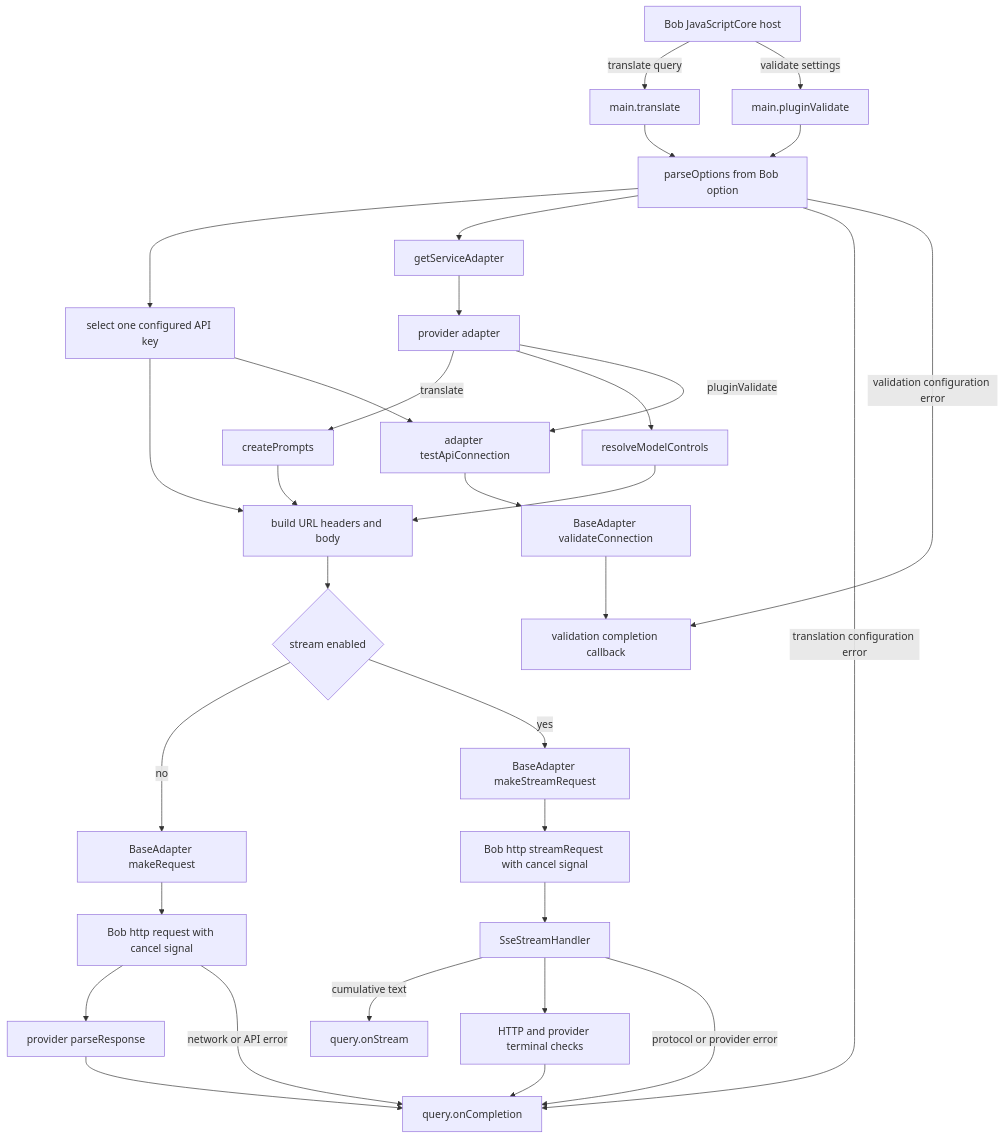
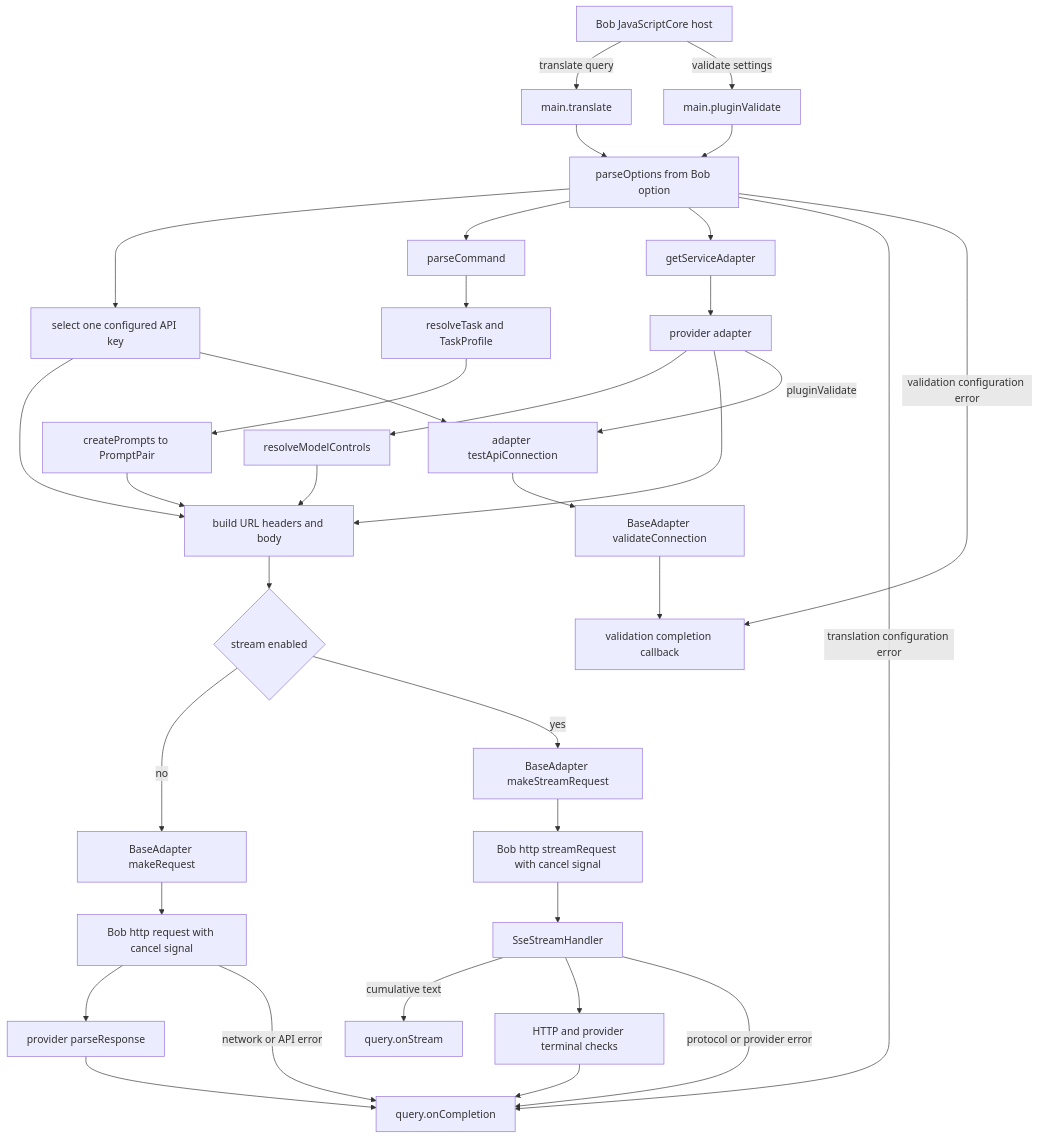
Before and after one commit to jiahaoh/pop: the diagram in docs/maintainer_orientation.md, drawn with Mermaid. The commit also changed other lines of this file and 21 other files, not shown here.

````diff
--- a/docs/maintainer_orientation.md
+++ b/docs/maintainer_orientation.md
@@ -61,40 +63,43 @@
 ```mermaid
 flowchart TD
   Bob[Bob JavaScriptCore host] -->|translate query| Entry[main.translate]
   Bob -->|validate settings| ValidateEntry[main.pluginValidate]
 
   Entry --> Config[parseOptions from Bob option]
   ValidateEntry --> Config
   Config --> Key[select one configured API key]
+  Config --> Command[parseCommand]
+  Command --> Resolve[resolveTask and TaskProfile]
+  Resolve --> Prompt[createPrompts to PromptPair]
   Config --> Dispatch[getServiceAdapter]
   Dispatch --> Adapter[provider adapter]
 
-  Adapter -->|translate| Prompt[createPrompts]
   Adapter --> Controls[resolveModelControls]
+  Adapter --> Wire[build URL headers and body]
   Prompt --> Wire[build URL headers and body]
   Controls --> Wire
   Key --> Wire
 
   Wire --> Mode{stream enabled}
   Mode -->|no| Request[BaseAdapter makeRequest]
   Request --> HttpRequest[Bob http request with cancel signal]
   HttpRequest --> Parse[provider parseResponse]
 
   Mode -->|yes| StreamRequest[BaseAdapter makeStreamRequest]
   StreamRequest --> HttpStream[Bob http streamRequest with cancel signal]
   HttpStream --> SSE[SseStreamHandler]
   SSE -->|cumulative text| OnStream[query.onStream]
   SSE --> Terminal[HTTP and provider terminal checks]
 
   Parse --> Complete[query.onCompletion]
   Terminal --> Complete
   Config -->|translation configuration error| Complete
   HttpRequest -->|network or API error| Complete
   SSE -->|protocol or provider error| Complete
 
   Adapter -->|pluginValidate| Validate[adapter testApiConnection]
   Key --> Validate
   Validate --> ValidateHttp[BaseAdapter validateConnection]
   ValidateHttp --> ValidationCompletion[validation completion callback]
   Config -->|validation configuration error| ValidationCompletion
 ```
````
